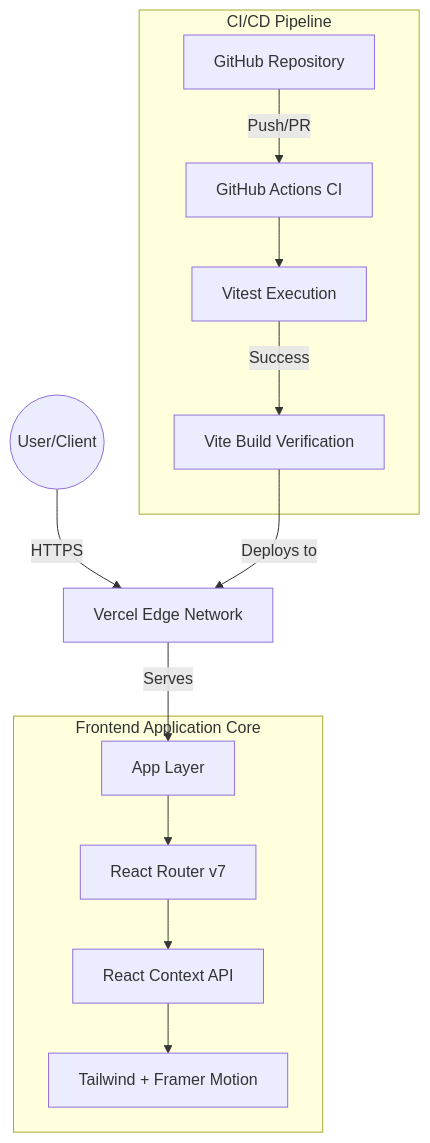
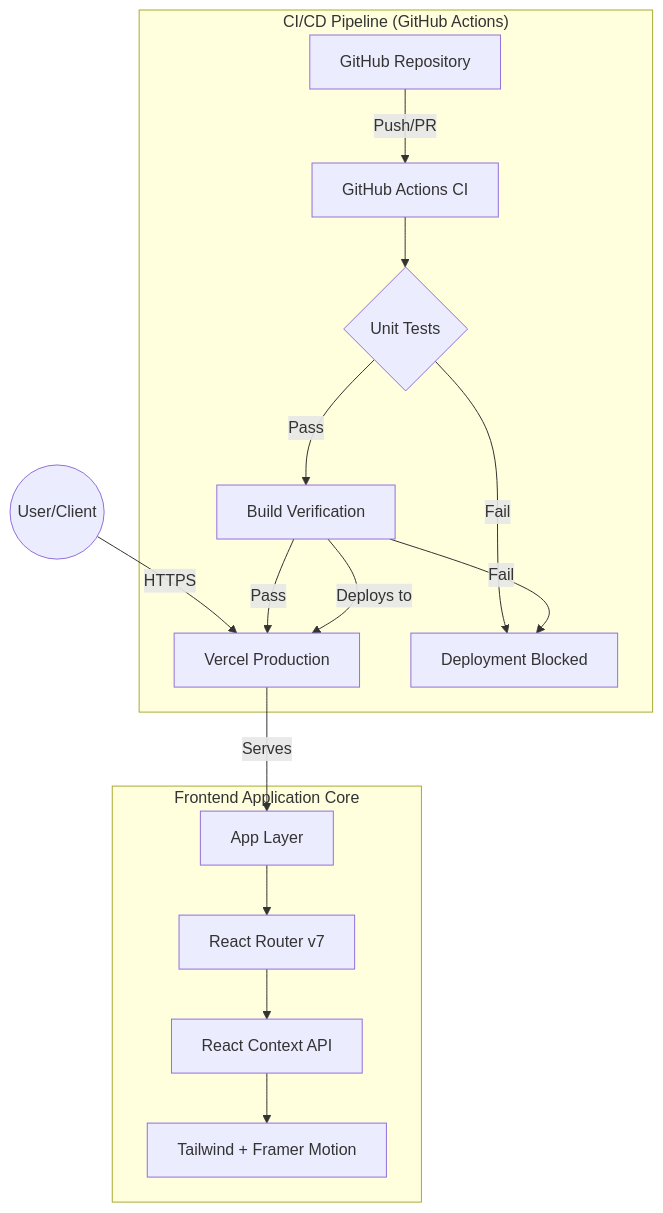
One commit to jasenalfatamaa/smart-inventory-system changed the diagram in README.md. Above: the diagram before and after it, drawn with Mermaid.

Commit message:
memodifikasi file README

````diff
--- a/README.md
+++ b/README.md
@@ -14,24 +14,27 @@
 ```mermaid
 graph TD
     User((User/Client)) -->|HTTPS| Vercel[Vercel Edge Network]
     
-    subgraph "CI/CD Pipeline"
+    subgraph "CI/CD Pipeline (GitHub Actions)"
         GitHub[GitHub Repository] -->|Push/PR| GHA[GitHub Actions CI]
-        GHA --> Test[Vitest Execution]
-        Test -->|Success| Build[Vite Build Verification]
+        GHA --> Test{Unit Tests}
+        Test -->|Pass| Build[Build Verification]
+        Test -->|Fail| Stop[Deployment Blocked]
+        Build -->|Pass| Vercel[Vercel Production]
+        Build -->|Fail| Stop
     end
 
     subgraph "Frontend Application Core"
         App[App Layer]
         Context[React Context API]
         UI[Tailwind + Framer Motion]
         Router[React Router v7]
         
         App --> Router
         Router --> Context
         Context --> UI
     end
 
     Build -->|Deploys to| Vercel
     Vercel -->|Serves| App
 ```
````
